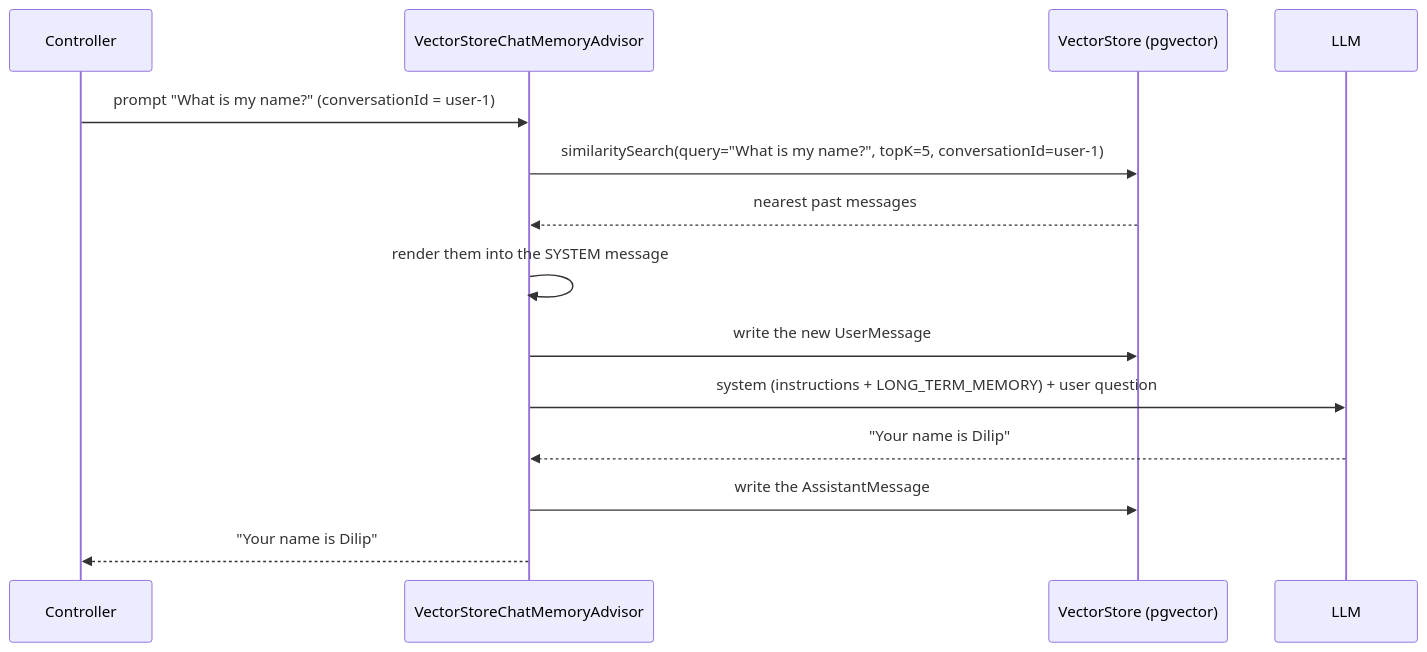
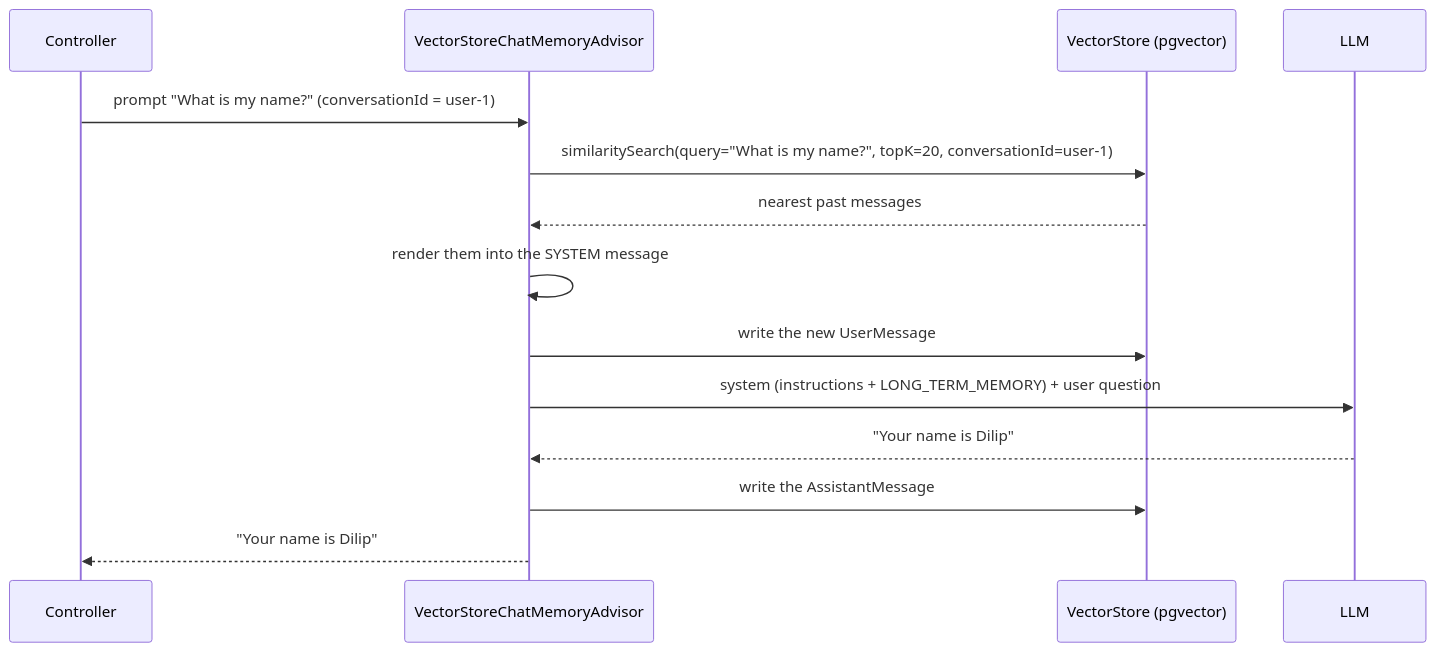
One commit to dilipsundarraj1/spring-ai changed the seventh of 8 diagrams in chat-memory/README.md. Above: the diagram before and after it, drawn with Mermaid. The commit also changed other lines of this file and 6 other files, not shown here.

````diff
--- a/chat-memory/README.md
+++ b/chat-memory/README.md
@@ -666,16 +606,16 @@
 ```mermaid
 sequenceDiagram
     participant C as Controller
     participant A as VectorStoreChatMemoryAdvisor
     participant V as VectorStore (pgvector)
     participant L as LLM
     C->>A: prompt "What is my name?" (conversationId = user-1)
-    A->>V: similaritySearch(query="What is my name?", topK=5, conversationId=user-1)
+    A->>V: similaritySearch(query="What is my name?", topK=20, conversationId=user-1)
     V-->>A: nearest past messages
     A->>A: render them into the SYSTEM message
     A->>V: write the new UserMessage
     A->>L: system (instructions + LONG_TERM_MEMORY) + user question
     L-->>A: "Your name is Dilip"
     A->>V: write the AssistantMessage
     A-->>C: "Your name is Dilip"
 ```
````
